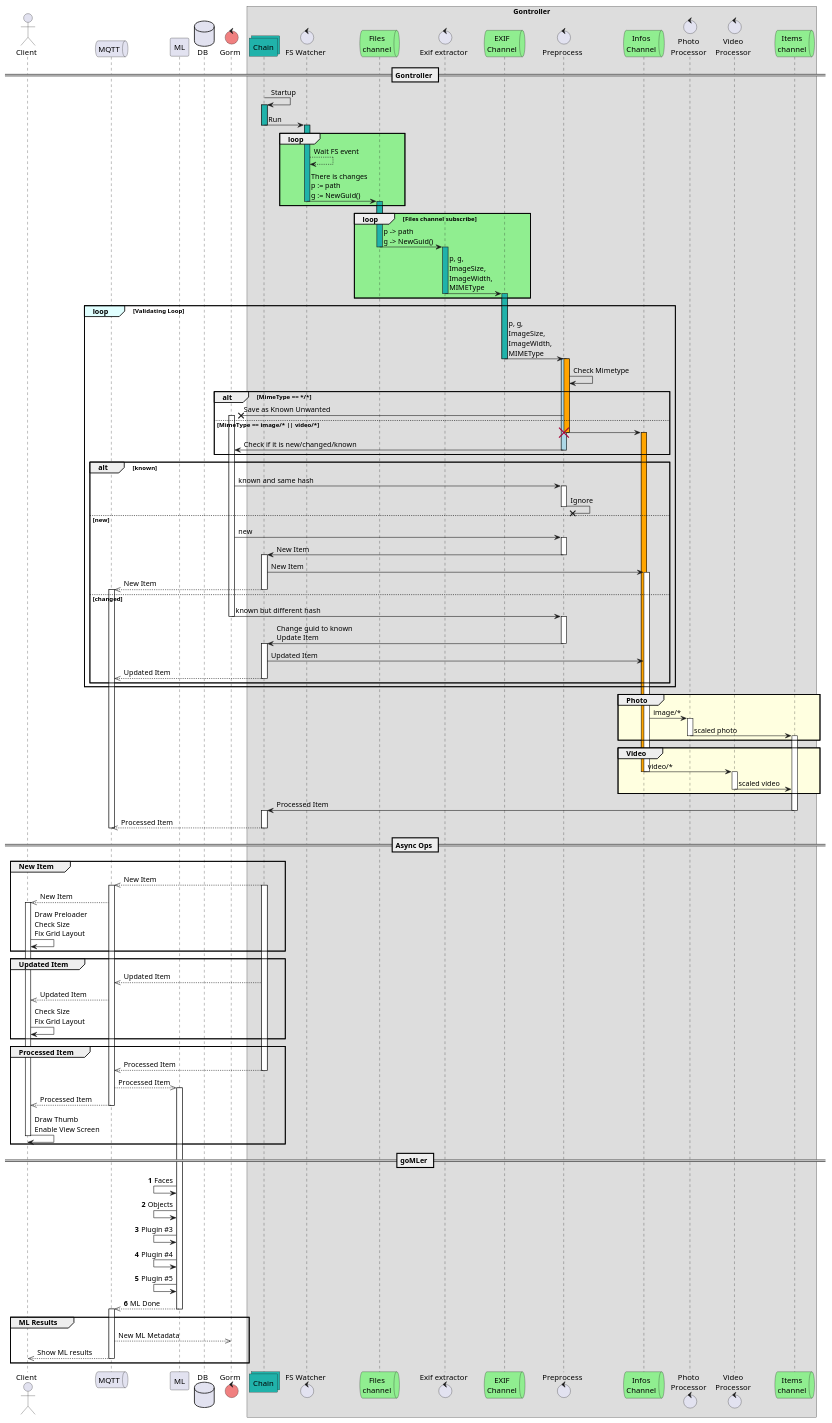
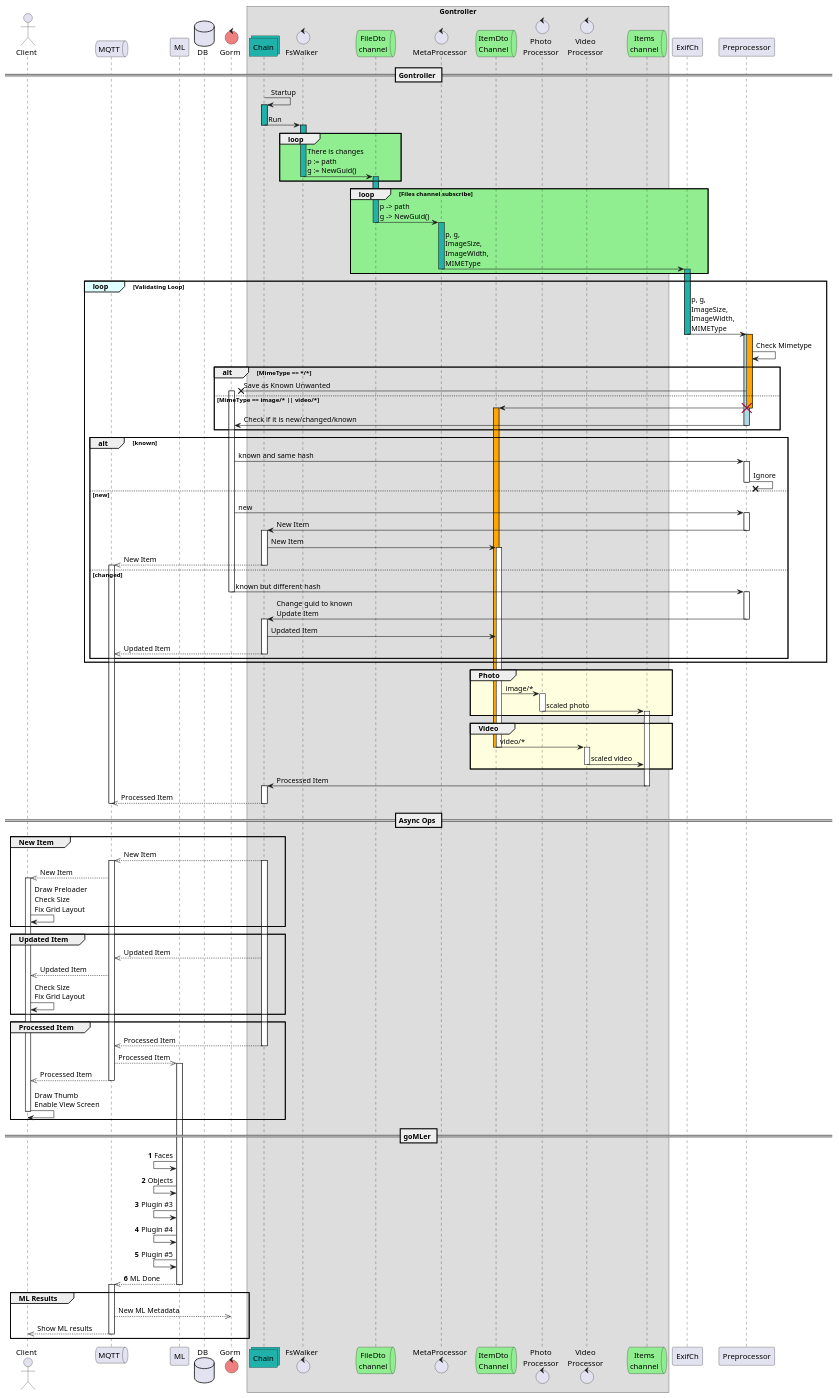
The diagram in _sb/Item flow.puml (eggs-gd/Perceptrail), drawn with PlantUML before and after one commit. The commit also changed 12 other files, not shown here.

```diff
--- a/_sb/Item flow.puml
+++ b/_sb/Item flow.puml
@@ -1,176 +1,172 @@
 @startuml Item Flow
 
 actor "Client" as Client
 queue "MQTT" as MQTT
 participant "ML" as ML
 database "DB" as DB
 control "Gorm" as Gorm #LightCoral
 
 box "Gontroller"
 collections "Chain" as Chain #LightSeaGreen
 
-control "FS Watcher" as Watcher
-queue "Files\nchannel" as FilesCh #LightGreen
+control "FsWalker" as Watcher
+queue "FileDto\nchannel" as FilesCh #LightGreen
 
-control "Exif extractor" as EXIF
-queue "EXIF\nChannel" as ExifCh #LightGreen
+control "MetaProcessor" as EXIF
 
-control "Preprocess" as Preprocessor
-
-queue "Infos\nChannel" as InfoCh #LightGreen
+queue "ItemDto\nChannel" as InfoCh #LightGreen
 
 control "Photo\nProcessor" as PhotoProcessor
 control "Video\nProcessor" as VideoProcessor
 queue "Items\nchannel" as ItemsCh #LightGreen
 end box
 
 == Gontroller ==
 Chain -> Chain: Startup
 activate Chain #LightSeaGreen
 Chain -> Watcher: Run
 deactivate Chain
 
 activate Watcher #LightSeaGreen
 loop #LightGreen
-    Watcher --> Watcher: Wait FS event
     Watcher -> FilesCh: There is changes\np := path\ng := NewGuid()
     deactivate Watcher
     activate FilesCh #LightSeaGreen
     
 end
 
 loop #LightGreen Files channel subscribe 
     FilesCh -> EXIF: p -> path\ng -> NewGuid()
     deactivate FilesCh #LightSeaGreen
     activate EXIF #LightSeaGreen
     EXIF -> ExifCh: p, g,\nImageSize,\nImageWidth,\nMIMEType
     deactivate EXIF
     activate ExifCh #LightSeaGreen
 end
 
 loop#LightCyan Validating Loop
     ExifCh -> Preprocessor: p, g,\nImageSize,\nImageWidth,\nMIMEType
     deactivate ExifCh
     activate Preprocessor #LightBlue
     activate Preprocessor #Orange
     
     Preprocessor -> Preprocessor: Check Mimetype
     
     alt MimeType == */*
         Preprocessor ->x Gorm: Save as Known Unwanted
         activate Gorm
 
         
     else MimeType == image/* || video/*
         Preprocessor -> InfoCh: 
         destroy Preprocessor
         activate InfoCh #Orange
         Preprocessor -> Gorm: Check if it is new/changed/known
         deactivate Preprocessor
     end
 
     alt known
         Gorm -> Preprocessor: known and same hash
         activate Preprocessor
         Preprocessor ->x Preprocessor: Ignore
         deactivate Preprocessor
 
     else new
         Gorm -> Preprocessor: new
         activate Preprocessor
         Preprocessor -> Chain: New Item
         deactivate Preprocessor
         activate Chain
         Chain -> InfoCh: New Item
         activate InfoCh
         Chain -->> MQTT: New Item
         deactivate Chain
         activate MQTT
 
     else changed
         Gorm -> Preprocessor: known but different hash
         deactivate Gorm
         activate Preprocessor
         Preprocessor -> Chain: Change guid to known\nUpdate Item
         deactivate Preprocessor
         activate Chain
         Chain -> InfoCh: Updated Item
         Chain -->> MQTT: Updated Item
         deactivate Chain
 
     end
 end
 
 group #LightYellow Photo
     InfoCh -> PhotoProcessor: image/*
     activate PhotoProcessor
     PhotoProcessor -> ItemsCh: scaled photo
     deactivate PhotoProcessor
     activate ItemsCh
 end
 group #LightYellow Video
     InfoCh -> VideoProcessor: video/*
     deactivate InfoCh
     deactivate InfoCh
     activate VideoProcessor
     VideoProcessor -> ItemsCh: scaled video
     deactivate VideoProcessor
 end
 
 ItemsCh -> Chain: Processed Item
 deactivate ItemsCh
 activate Chain
 Chain -->> MQTT: Processed Item
 deactivate Chain
 deactivate MQTT
 
 
 == Async Ops ==
 group New Item
     Chain -->> MQTT: New Item
     activate MQTT
     activate Chain
     MQTT -->> Client: New Item
     activate Client
     Client -> Client: Draw Preloader\nCheck Size\nFix Grid Layout
 end
 
 group Updated Item
     Chain -->> MQTT: Updated Item
     MQTT -->> Client: Updated Item
     Client -> Client: Check Size\nFix Grid Layout
 end
 
 group Processed Item
     Chain -->> MQTT: Processed Item
     deactivate Chain
     MQTT -->> ML: Processed Item
     activate ML
 
     MQTT -->> Client: Processed Item
     deactivate MQTT
     Client -> Client: Draw Thumb\nEnable View Screen
     deactivate Client
 end
 
 
 == goMLer ==
 autonumber
 ML <- ML: Faces
 ML <- ML: Objects
 ML <- ML: Plugin #3
 ML <- ML: Plugin #4
 ML <- ML: Plugin #5
 ML -->> MQTT: ML Done
 deactivate ML
 activate MQTT
 autonumber stop
 
 group ML Results
 MQTT -->> Gorm: New ML Metadata
 MQTT -->> Client: Show ML results
 deactivate MQTT
 
 end
 
 @enduml
```
